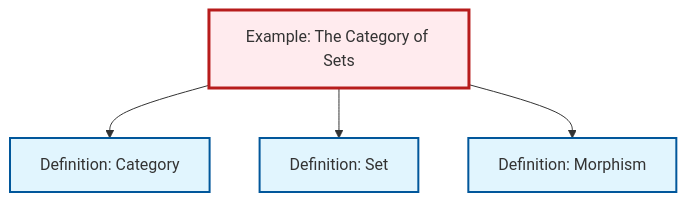
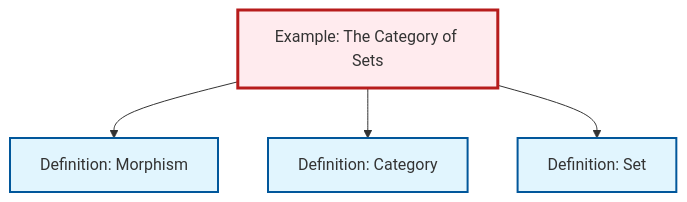
The diagram in content/ja/category-theory/ex-set-category.qmd (RK0429/ModernMath), drawn with Mermaid before and after one commit. The commit also changed other lines of this file and 597 other files, not shown here.

````diff
--- a/content/ja/category-theory/ex-set-category.qmd
+++ b/content/ja/category-theory/ex-set-category.qmd
@@ -69,20 +69,20 @@
 ```{mermaid}
 %%| fig-cap: "Local dependency graph"
 graph TD
     classDef definition fill:#e1f5fe,stroke:#01579b,stroke-width:2px
     classDef theorem fill:#f3e5f5,stroke:#4a148c,stroke-width:2px
     classDef axiom fill:#fff3e0,stroke:#e65100,stroke-width:2px
     classDef example fill:#e8f5e9,stroke:#1b5e20,stroke-width:2px
     classDef current fill:#ffebee,stroke:#b71c1c,stroke-width:3px
+    def-set["Definition: Set"]:::definition
     def-morphism["Definition: Morphism"]:::definition
+    ex-set-category["Example: The Category of Sets"]:::example
     def-category["Definition: Category"]:::definition
-    ex-set-category["Example: The Category of Sets"]:::example
-    def-set["Definition: Set"]:::definition
+    ex-set-category --> def-morphism
     ex-set-category --> def-category
     ex-set-category --> def-set
-    ex-set-category --> def-morphism
     class ex-set-category current
+    click def-set "def-set.html" "Definition: Setへ"
     click def-morphism "def-morphism.html" "Definition: Morphismへ"
     click def-category "def-category.html" "Definition: Categoryへ"
-    click def-set "def-set.html" "Definition: Setへ"
 ```
````
